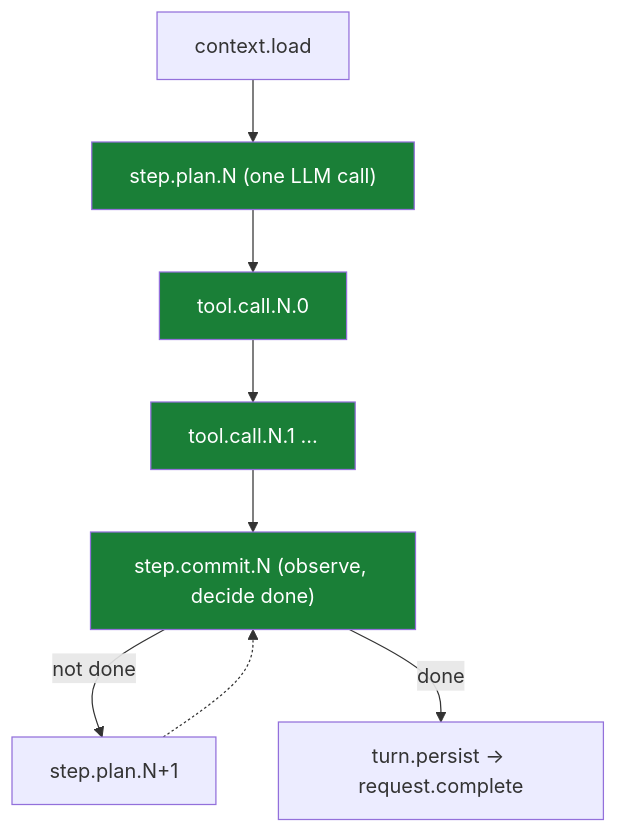
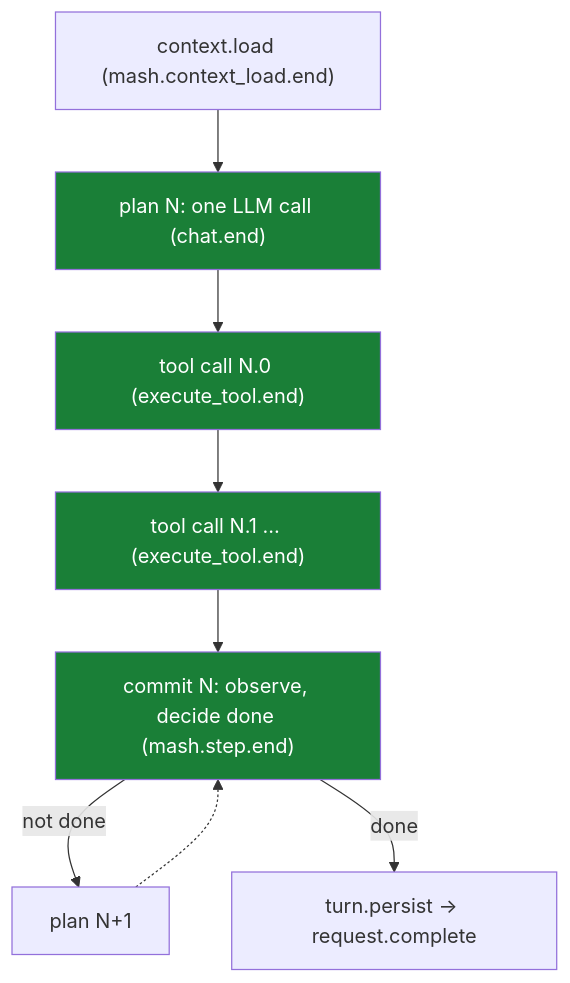
The diagram in docs/posts/durable-agent-loop.md (imsid/mashpy), drawn with Mermaid before and after one commit. The commit also changed other lines of this file and 132 other files, not shown here.

````diff
--- a/docs/posts/durable-agent-loop.md
+++ b/docs/posts/durable-agent-loop.md
@@ -71,15 +71,15 @@
 ```mermaid
 flowchart TD
-    L[context.load] --> P["step.plan.N (one LLM call)"]
-    P --> T0["tool.call.N.0"]
-    T0 --> T1["tool.call.N.1 …"]
-    T1 --> C["step.commit.N (observe, decide done)"]
-    C -- "not done" --> P2["step.plan.N+1"]
+    L["context.load (mash.context_load.end)"] --> P["plan N: one LLM call (chat.end)"]
+    P --> T0["tool call N.0 (execute_tool.end)"]
+    T0 --> T1["tool call N.1 … (execute_tool.end)"]
+    T1 --> C["commit N: observe, decide done (mash.step.end)"]
+    C -- "not done" --> P2["plan N+1"]
     C -- "done" --> F["turn.persist → request.complete"]
     P2 -.-> C
 
     style P fill:#1a7f37,color:#fff
     style T0 fill:#1a7f37,color:#fff
     style T1 fill:#1a7f37,color:#fff
     style C fill:#1a7f37,color:#fff
 ```
````
